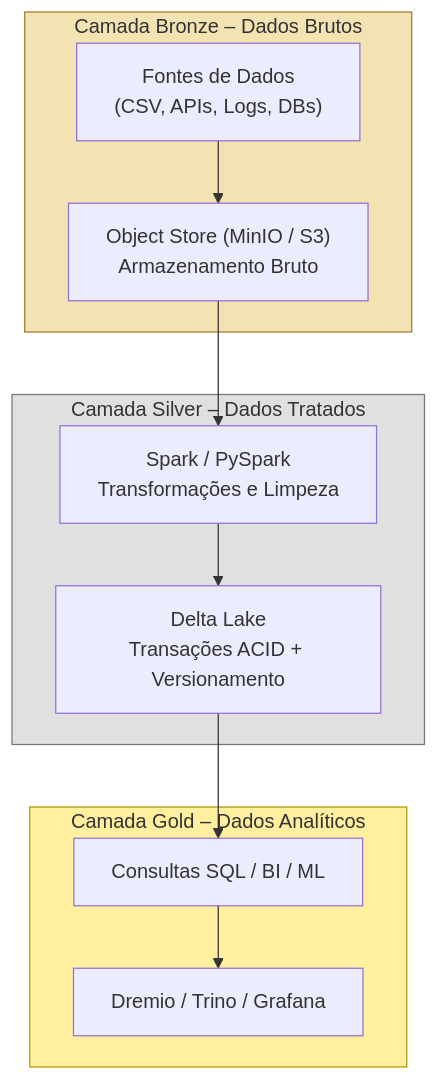
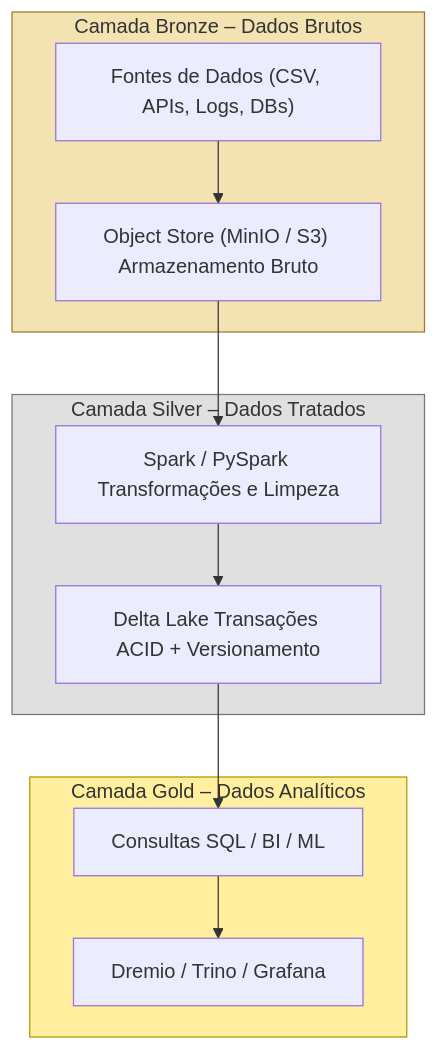
The first of 2 diagrams in delta/README.md (klaytoncastro/idp-bigdata), drawn with Mermaid before and after one commit. The commit also changed other lines of this file, not shown here.

Commit message:
Update Delta Lake

````diff
--- a/delta/README.md
+++ b/delta/README.md
@@ -26,23 +26,23 @@
 ```mermaid
 flowchart TD
     subgraph BRONZE["Camada Bronze – Dados Brutos"]
-        A1["Fontes de Dados\n(CSV, APIs, Logs, DBs)"]
-        A2["Object Store (MinIO / S3)\nArmazenamento Bruto"]
+        A1["Fontes de Dados (CSV, APIs, Logs, DBs)"]
+        A2["Object Store (MinIO / S3) Armazenamento Bruto"]
     end
 
     subgraph SILVER["Camada Silver – Dados Tratados"]
-        B1["Spark / PySpark\nTransformações e Limpeza"]
-        B2["Delta Lake\nTransações ACID + Versionamento"]
+        B1["Spark / PySpark Transformações e Limpeza"]
+        B2["Delta Lake Transações ACID + Versionamento"]
     end
 
     subgraph GOLD["Camada Gold – Dados Analíticos"]
         C1["Consultas SQL / BI / ML"]
         C2["Dremio / Trino / Grafana"]
     end
 
     A1 --> A2 --> B1 --> B2 --> C1 --> C2
 
     style BRONZE fill:#f4e3b2,stroke:#a17a2f,stroke-width:1px
     style SILVER fill:#e0e0e0,stroke:#777,stroke-width:1px
     style GOLD fill:#ffef9f,stroke:#b29700,stroke-width:1px
 ```
````
